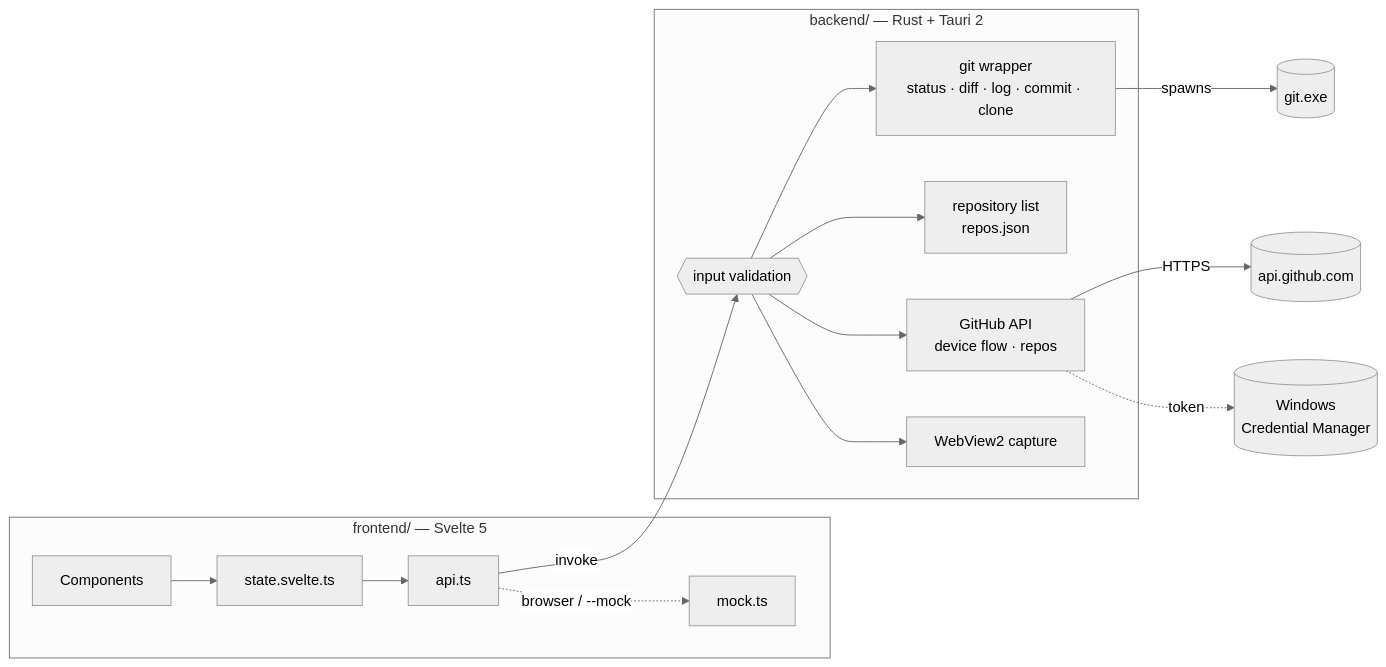
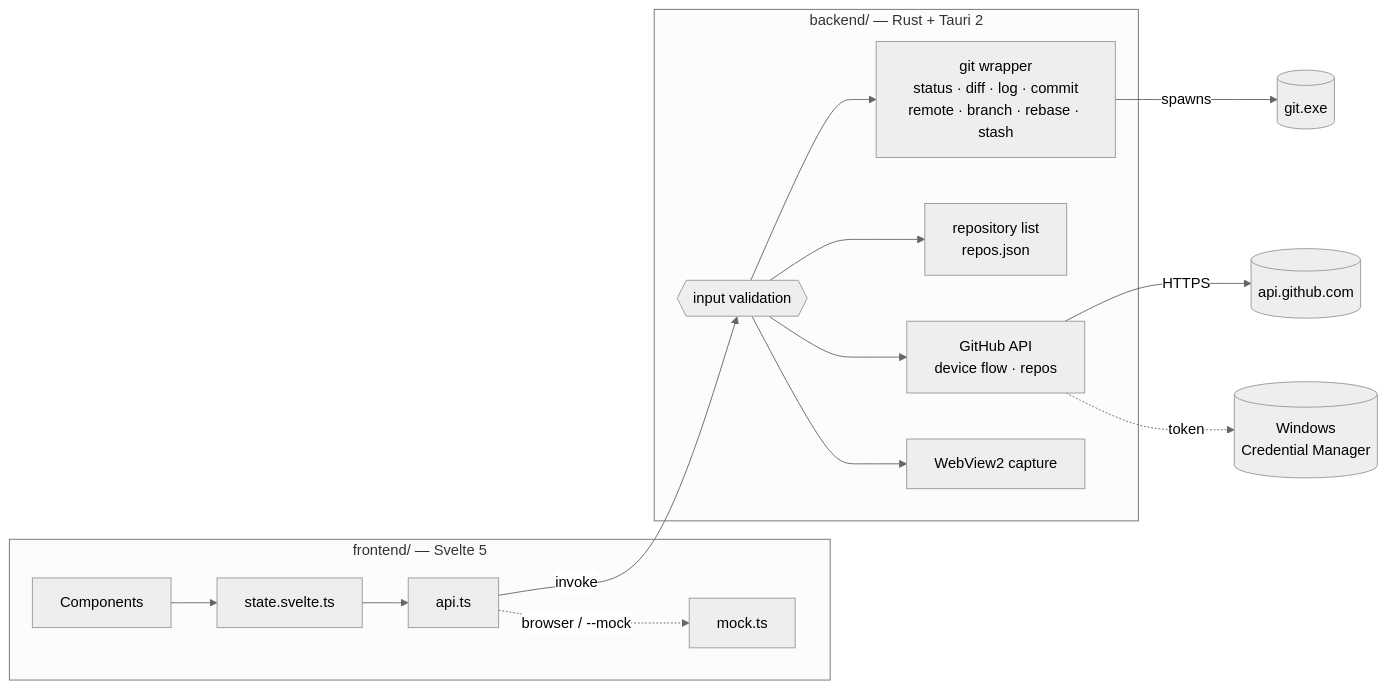
Before and after one commit to valneko-twoon2/Leveret: the diagram in README.md, drawn with Mermaid (neutral theme). The commit also changed other lines of this file and 30 other files, not shown here.

````diff
--- a/README.md
+++ b/README.md
@@ -97,18 +120,18 @@
 ```mermaid
 flowchart LR
     subgraph UI["frontend/ — Svelte 5"]
         C[Components] --> S[state.svelte.ts]
         S --> A[api.ts]
         A -. browser / --mock .-> M[mock.ts]
     end
     subgraph Core["backend/ — Rust + Tauri 2"]
-        V{{input validation}} --> G[git wrapper<br>status · diff · log · commit · clone]
+        V{{input validation}} --> G[git wrapper<br>status · diff · log · commit<br>remote · branch · rebase · stash]
         V --> R[repository list<br>repos.json]
         V --> H[GitHub API<br>device flow · repos]
         V --> P[WebView2 capture]
     end
     A -- invoke --> V
     G -- spawns --> X[(git.exe)]
     H -- HTTPS --> GH[(api.github.com)]
     H -. token .-> K[(Windows<br>Credential Manager)]
 ```
````
